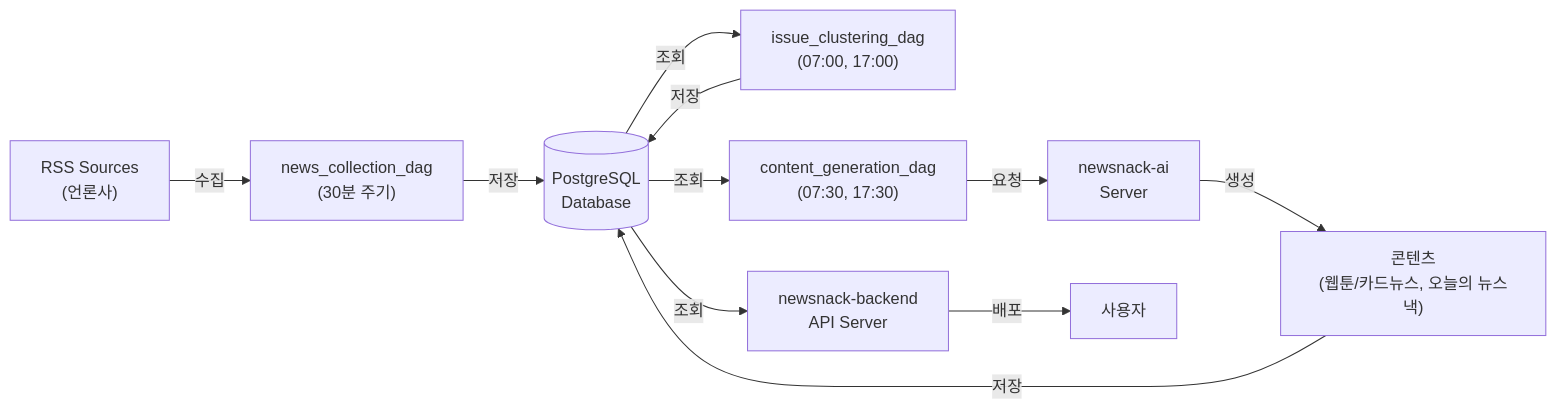
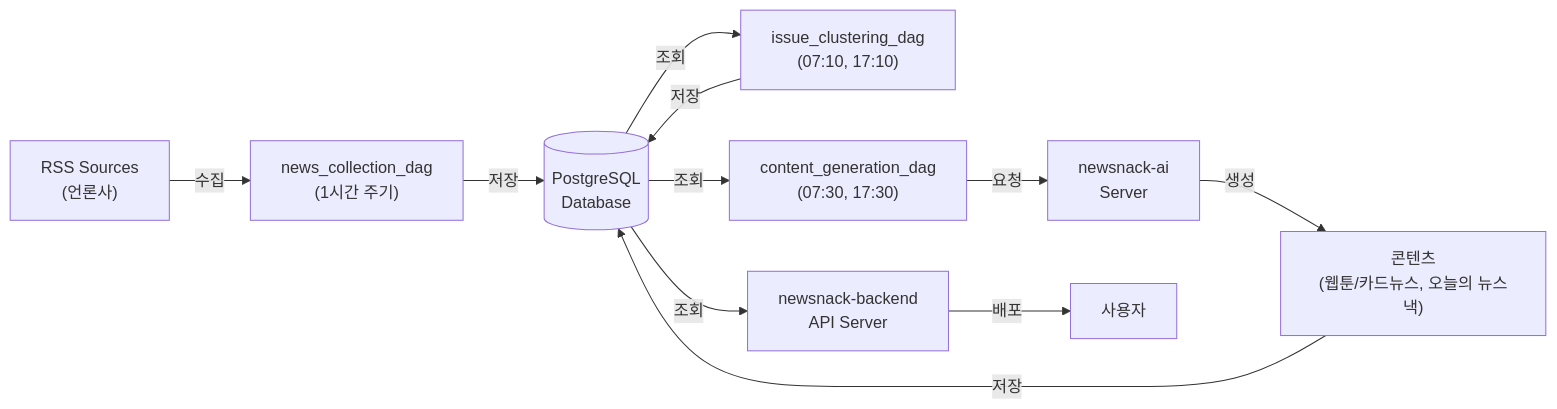
Before and after one commit to team-leekim/newsnack-pipeline: the first of 2 diagrams in README.md, drawn with Mermaid. The commit also changed other lines of this file and 2 other files, not shown here.

First line of the commit message:
refactor: DAG 실행 스케줄 조정 및 충돌 위험 제거

````diff
--- a/README.md
+++ b/README.md
@@ -9,13 +9,13 @@
 ```mermaid
 graph LR
-    A["RSS Sources<br/>(언론사)"] -->|수집| B["news_collection_dag<br/>(30분 주기)"]
+    A["RSS Sources<br/>(언론사)"] -->|수집| B["news_collection_dag<br/>(1시간 주기)"]
     B -->|저장| D[("PostgreSQL<br/>Database")]
-    D -->|조회| C["issue_clustering_dag<br/>(07:00, 17:00)"]
+    D -->|조회| C["issue_clustering_dag<br/>(07:10, 17:10)"]
     C -->|저장| D
     D -->|조회| E["content_generation_dag<br/>(07:30, 17:30)"]
     E -->|요청| F["newsnack-ai<br/>Server"]
     F -->|생성| G["콘텐츠<br/>(웹툰/카드뉴스, 오늘의 뉴스낵)"]
     G -->|저장| D
     D -->|조회| H["newsnack-backend<br/>API Server"]
     H -->|배포| I["사용자"]
 ```
````
